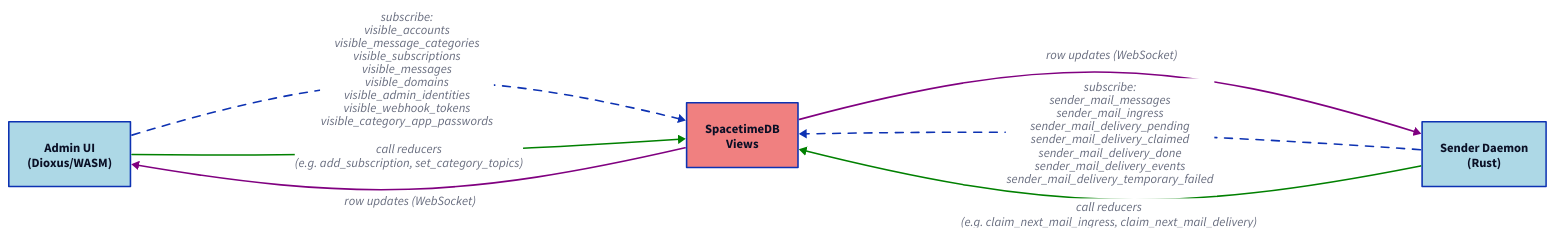
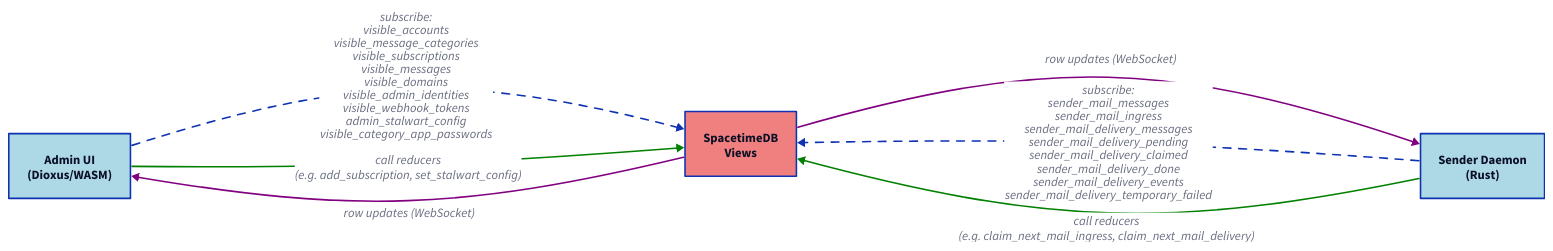
Before and after one commit to enaut/kommunikationszentrum: the diagram in docs/src/core/spacetimedb/event-flow-websocket-subscription.d2, drawn with D2. The commit also changed 11 other files, not shown here.

```diff
--- a/docs/src/core/spacetimedb/event-flow-websocket-subscription.d2
+++ b/docs/src/core/spacetimedb/event-flow-websocket-subscription.d2
@@ -1,14 +1,14 @@
 direction: right
 
 admin_ui: "Admin UI\n(Dioxus/WASM)" { style.fill: lightblue }
 daemon: "Sender Daemon\n(Rust)" { style.fill: lightblue }
 spacetime: "SpacetimeDB\nViews" { style.fill: lightcoral }
 
-admin_ui -> spacetime: "subscribe:\nvisible_accounts\nvisible_message_categories\nvisible_subscriptions\nvisible_messages\nvisible_domains\nvisible_admin_identities\nvisible_webhook_tokens\nvisible_category_app_passwords" { style.stroke-dash: 5 }
-daemon -> spacetime: "subscribe:\nsender_mail_messages\nsender_mail_ingress\nsender_mail_delivery_pending\nsender_mail_delivery_claimed\nsender_mail_delivery_done\nsender_mail_delivery_events\nsender_mail_delivery_temporary_failed" { style.stroke-dash: 5 }
+admin_ui -> spacetime: "subscribe:\nvisible_accounts\nvisible_message_categories\nvisible_subscriptions\nvisible_messages\nvisible_domains\nvisible_admin_identities\nvisible_webhook_tokens\nadmin_stalwart_config\nvisible_category_app_passwords" { style.stroke-dash: 5 }
+daemon -> spacetime: "subscribe:\nsender_mail_messages\nsender_mail_ingress\nsender_mail_delivery_messages\nsender_mail_delivery_pending\nsender_mail_delivery_claimed\nsender_mail_delivery_done\nsender_mail_delivery_events\nsender_mail_delivery_temporary_failed" { style.stroke-dash: 5 }
 
 spacetime -> admin_ui: "row updates (WebSocket)" { style.stroke: purple }
 spacetime -> daemon: "row updates (WebSocket)" { style.stroke: purple }
 
-admin_ui -> spacetime: "call reducers\n(e.g. add_subscription, set_category_topics)" { style.stroke: green }
+admin_ui -> spacetime: "call reducers\n(e.g. add_subscription, set_stalwart_config)" { style.stroke: green }
 daemon -> spacetime: "call reducers\n(e.g. claim_next_mail_ingress, claim_next_mail_delivery)" { style.stroke: green }
```
